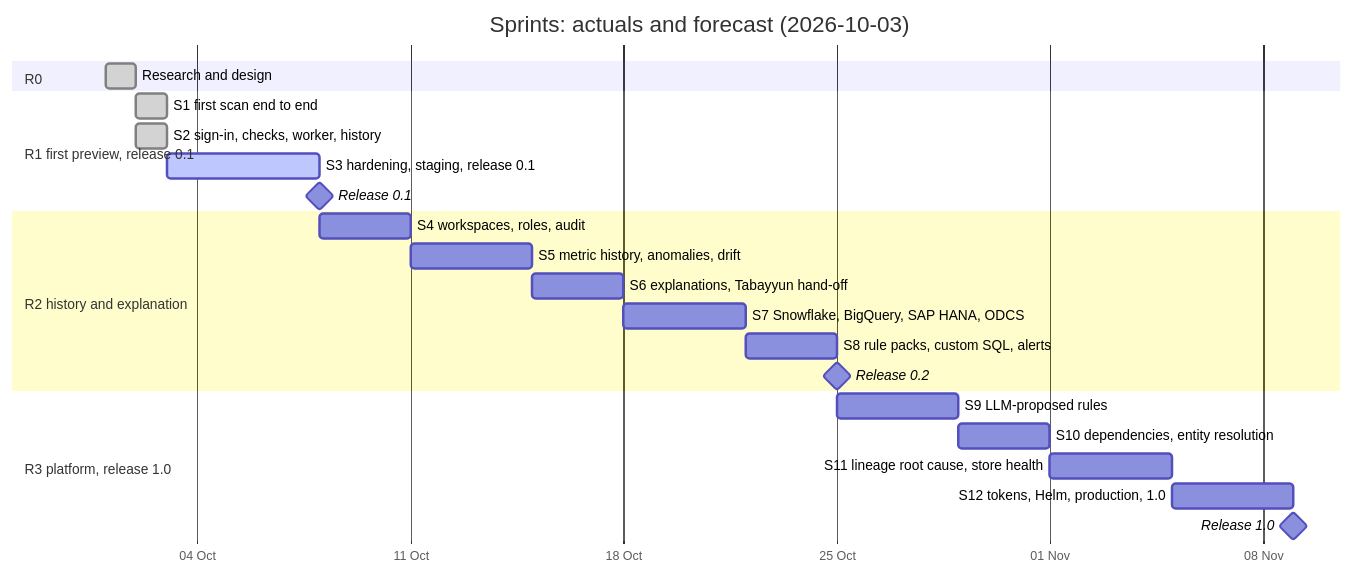
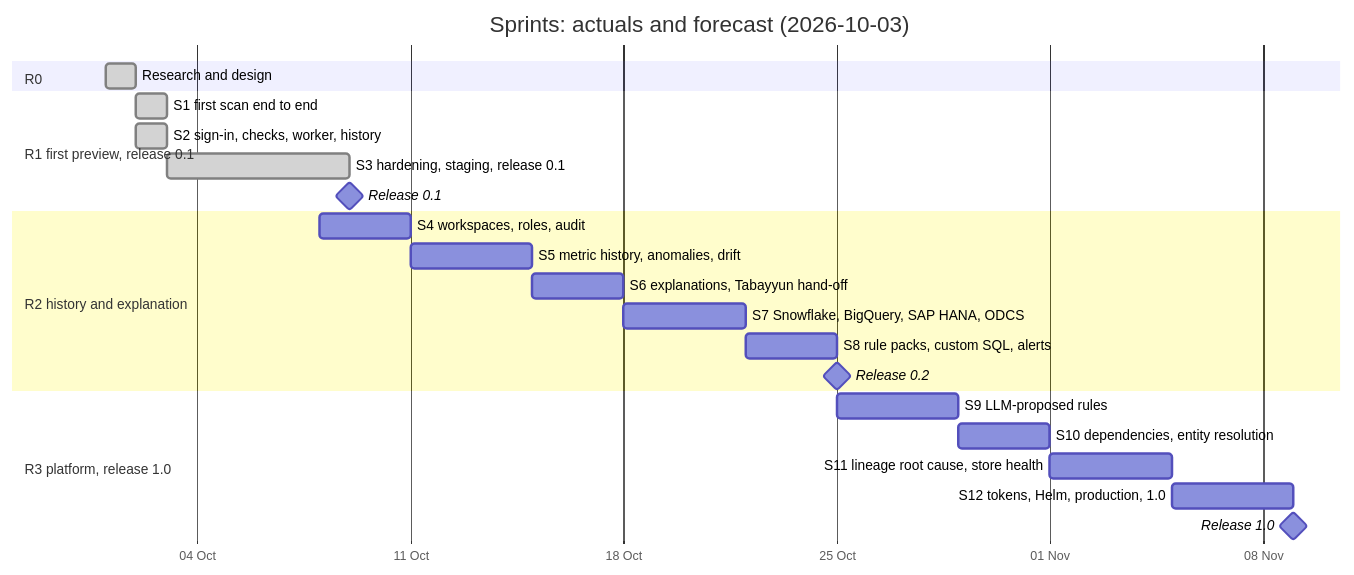
One commit to Sira-Labs/Sahifa changed the diagram in docs/roadmap/sprints.md. Above: the diagram before and after it, drawn with Mermaid. The commit also changed other lines of this file and 4 other files, not shown here.

First line of the commit message:
docs: release 0.1 published; spec 015 and sprint 3 done (#27)

````diff
--- a/docs/roadmap/sprints.md
+++ b/docs/roadmap/sprints.md
@@ -40,30 +40,30 @@
 ```mermaid
 gantt
     title Sprints: actuals and forecast (2026-10-03)
     dateFormat YYYY-MM-DD
     axisFormat %d %b
 
     section R0
     Research and design                     :done, r0, 2026-10-01, 2026-10-02
 
     section R1 first preview, release 0.1
     S1 first scan end to end                :done, s1, 2026-10-02, 1d
     S2 sign-in, checks, worker, history     :done, s2, 2026-10-02, 2026-10-03
-    S3 hardening, staging, release 0.1      :active, s3, 2026-10-03, 2026-10-08
-    Release 0.1                             :milestone, r1, 2026-10-08, 0d
+    S3 hardening, staging, release 0.1      :done, s3, 2026-10-03, 2026-10-09
+    Release 0.1                             :milestone, r1, 2026-10-09, 0d
 
     section R2 history and explanation
     S4 workspaces, roles, audit             :s4, 2026-10-08, 3d
     S5 metric history, anomalies, drift     :s5, after s4, 4d
     S6 explanations, Tabayyun hand-off      :s6, after s5, 3d
     S7 Snowflake, BigQuery, SAP HANA, ODCS  :s7, after s6, 4d
     S8 rule packs, custom SQL, alerts       :s8, after s7, 3d
     Release 0.2                             :milestone, r2, after s8, 0d
 
     section R3 platform, release 1.0
     S9 LLM-proposed rules                   :s9, after s8, 4d
     S10 dependencies, entity resolution     :s10, after s9, 3d
     S11 lineage root cause, store health    :s11, after s10, 4d
     S12 tokens, Helm, production, 1.0       :s12, after s11, 4d
     Release 1.0                             :milestone, r3, after s12, 0d
 ```
````
